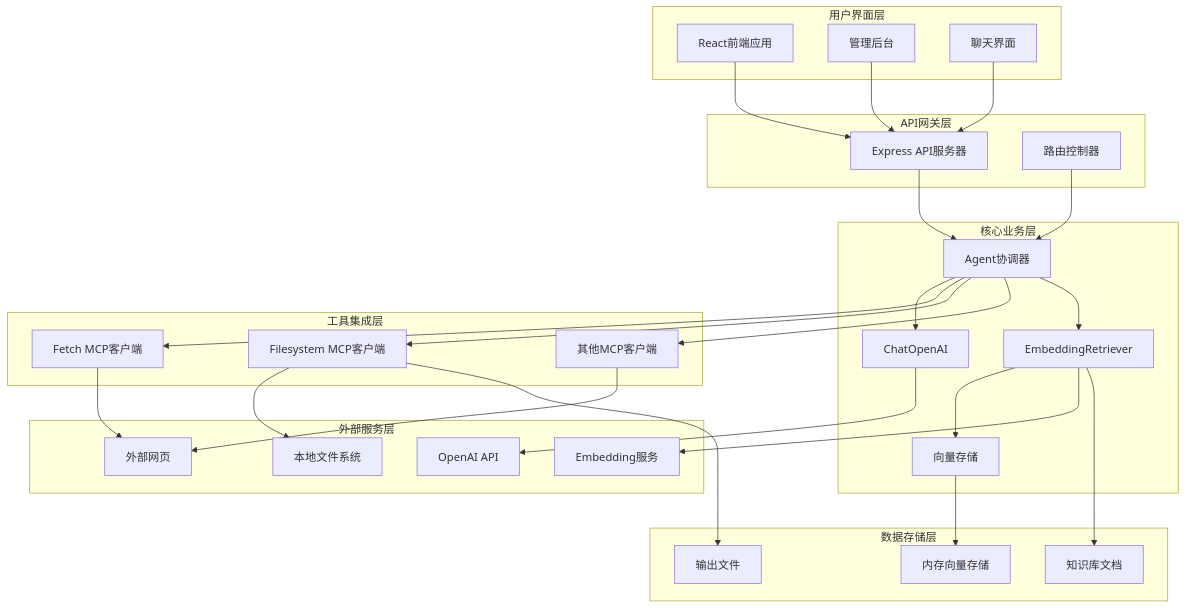
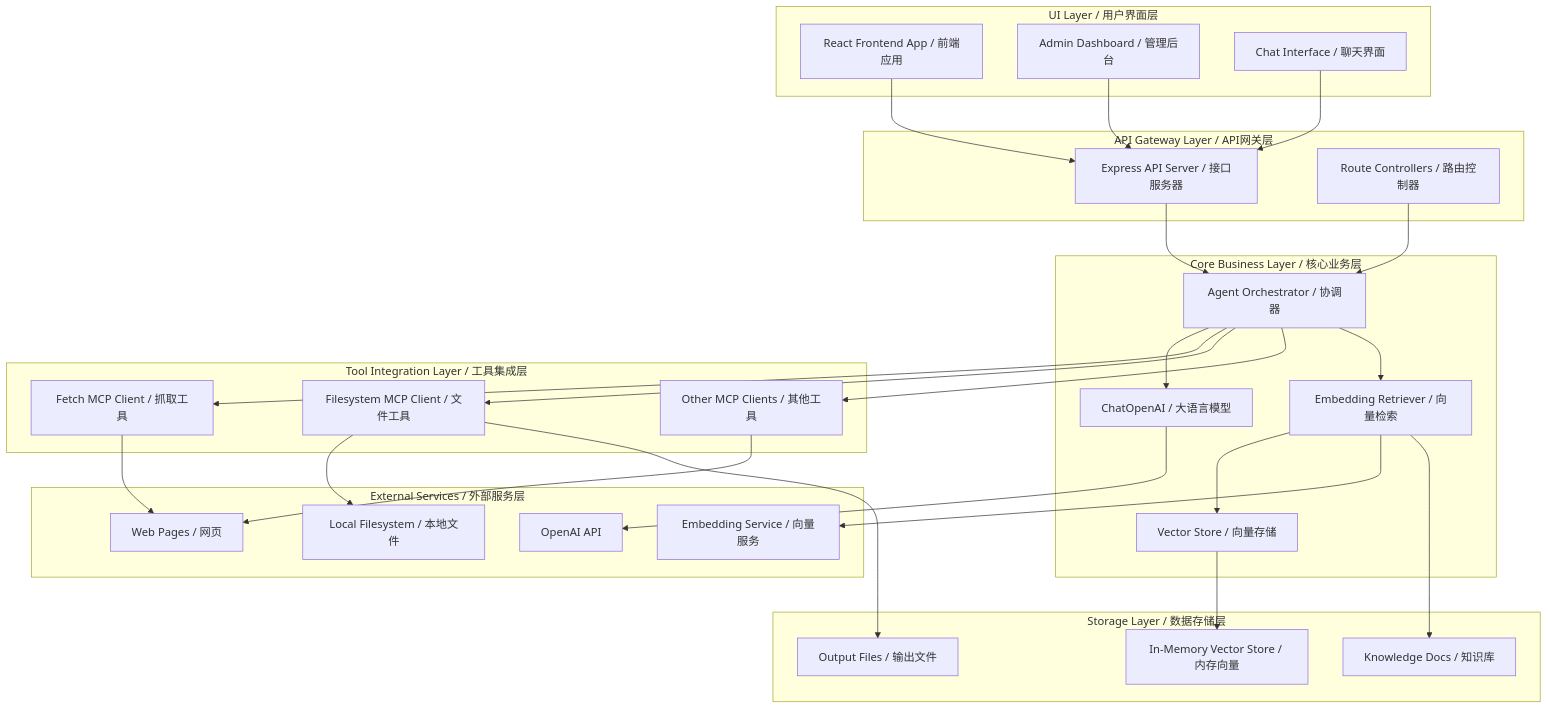
Before and after one commit to NEDONION/llm-mcp-rag-typescript: the first of 5 diagrams in architecture-diagram.md, drawn with Mermaid. The commit also changed other lines of this file and 1 other file, not shown here.

````diff
--- a/architecture-diagram.md
+++ b/architecture-diagram.md
@@ -5,71 +5,66 @@
 ```mermaid
 graph TB
-    subgraph "用户界面层"
-        UI[React前端应用]
-        Admin[管理后台]
-        Chat[聊天界面]
+    subgraph "UI Layer / 用户界面层"
+        UI[React Frontend App / 前端应用]
+        Admin[Admin Dashboard / 管理后台]
+        Chat[Chat Interface / 聊天界面]
     end
     
-    subgraph "API网关层"
-        API[Express API服务器]
-        Routes[路由控制器]
+    subgraph "API Gateway Layer / API网关层"
+        API[Express API Server / 接口服务器]
+        Routes[Route Controllers / 路由控制器]
     end
     
-    subgraph "核心业务层"
-        Agent[Agent协调器]
-        LLM[ChatOpenAI]
-        RAG[EmbeddingRetriever]
-        VectorStore[向量存储]
+    subgraph "Core Business Layer / 核心业务层"
+        Agent[Agent Orchestrator / 协调器]
+        LLM[ChatOpenAI / 大语言模型]
+        RAG[Embedding Retriever / 向量检索]
+        VectorStore[Vector Store / 向量存储]
     end
     
-    subgraph "工具集成层"
-        MCP1[Fetch MCP客户端]
-        MCP2[Filesystem MCP客户端]
-        MCP3[其他MCP客户端]
+    subgraph "Tool Integration Layer / 工具集成层"
+        MCP1[Fetch MCP Client / 抓取工具]
+        MCP2[Filesystem MCP Client / 文件工具]
+        MCP3[Other MCP Clients / 其他工具]
     end
     
-    subgraph "外部服务层"
+    subgraph "External Services / 外部服务层"
         OpenAI[OpenAI API]
-        EmbeddingAPI[Embedding服务]
-        Web[外部网页]
-        FileSystem[本地文件系统]
+        EmbeddingAPI[Embedding Service / 向量服务]
+        Web[Web Pages / 网页]
+        FileSystem[Local Filesystem / 本地文件]
     end
     
-    subgraph "数据存储层"
-        Knowledge[知识库文档]
-        Output[输出文件]
-        Memory[内存向量存储]
+    subgraph "Storage Layer / 数据存储层"
+        Knowledge[Knowledge Docs / 知识库]
+        Output[Output Files / 输出文件]
+        Memory[In-Memory Vector Store / 内存向量]
     end
     
-    %% 用户界面层连接
+    %% Connections
     UI --> API
     Admin --> API
     Chat --> API
     
-    %% API层连接
     API --> Agent
     Routes --> Agent
     
-    %% 核心业务层连接
     Agent --> LLM
     Agent --> MCP1
     Agent --> MCP2
     Agent --> MCP3
     Agent --> RAG
     
     RAG --> VectorStore
     RAG --> EmbeddingAPI
     
-    %% 工具集成层连接
     MCP1 --> Web
     MCP2 --> FileSystem
     MCP3 --> Web
     
-    %% 外部服务连接
     LLM --> OpenAI
     
-    %% 数据存储连接
     RAG --> Knowledge
     VectorStore --> Memory
     MCP2 --> Output
 ```
````
